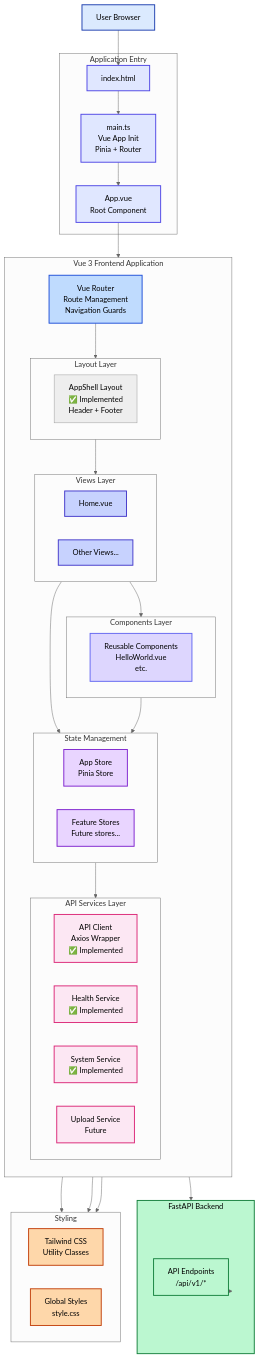
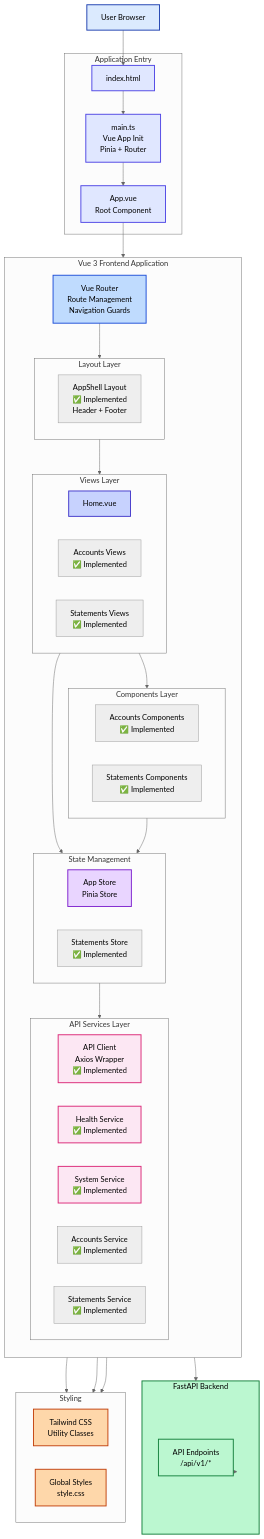
The first of 3 diagrams in moneta-management/Architecture/frontend/Frontend Architecture.md (KamilRAliyev/moneta-prototype), drawn with Mermaid (neutral theme) before and after one commit. The commit also changed other lines of this file and 44 other files, not shown here.

```diff
--- a/moneta-management/Architecture/frontend/Frontend Architecture.md
+++ b/moneta-management/Architecture/frontend/Frontend Architecture.md
@@ -26,23 +26,26 @@
 
         subgraph Views["Views Layer"]
             Home[Home.vue]
-            OtherViews[Other Views...]
+            AccountsViews[Accounts Views<br/>✅ Implemented]
+            StatementsViews[Statements Views<br/>✅ Implemented]
         end
 
         subgraph Components["Components Layer"]
-            ReusableComponents[Reusable Components<br/>HelloWorld.vue<br/>etc.]
+            AccountsComponents[Accounts Components<br/>✅ Implemented]
+            StatementsComponents[Statements Components<br/>✅ Implemented]
         end
 
         subgraph State["State Management"]
             AppStore[App Store<br/>Pinia Store]
-            FeatureStores[Feature Stores<br/>Future stores...]
+            StatementsStore[Statements Store<br/>✅ Implemented]
         end
 
         subgraph Services["API Services Layer"]
             APIClient[API Client<br/>Axios Wrapper<br/>✅ Implemented]
             HealthService[Health Service<br/>✅ Implemented]
             SystemService[System Service<br/>✅ Implemented]
-            UploadService[Upload Service<br/>Future]
+            AccountsService[Accounts Service<br/>✅ Implemented]
+            StatementsService[Statements Service<br/>✅ Implemented]
         end
 
         subgraph Layouts["Layout Layer"]
```
